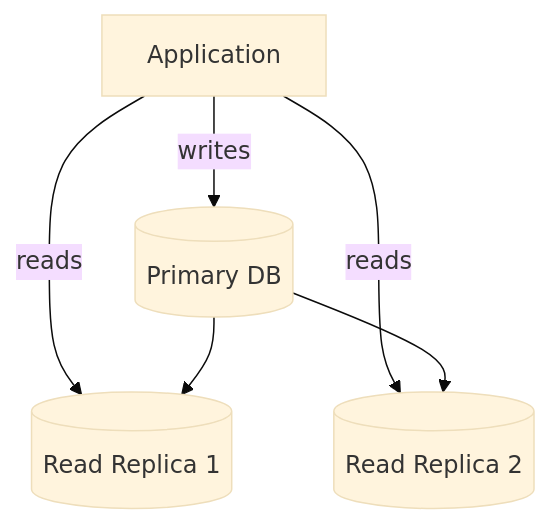
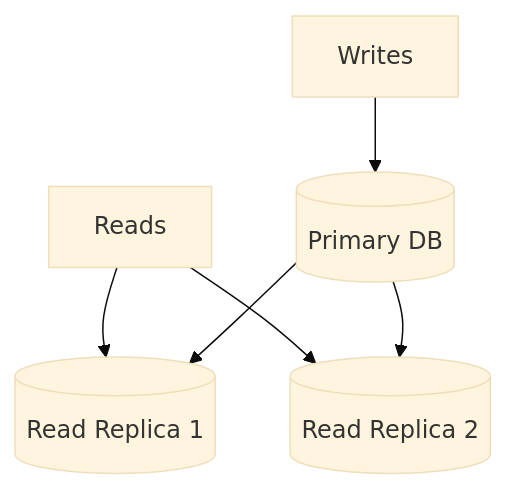
One commit to mthaiseer/springcloud-systemdesign-notes changed diagram 11 of 19 in HLD_NOTES/003_TECHNOLOGY_DEEP_DIVE/rdbms/database_v2.md. Above: the diagram before and after it, drawn with Mermaid (base theme). The commit also changed other lines of this file, not shown here.

````diff
--- a/HLD_NOTES/003_TECHNOLOGY_DEEP_DIVE/rdbms/database_v2.md
+++ b/HLD_NOTES/003_TECHNOLOGY_DEEP_DIVE/rdbms/database_v2.md
@@ -890,9 +700,8 @@
 ```mermaid
 flowchart TD
-    APP[Application]
-    APP -->|writes| PRIMARY[(Primary DB)]
-    APP -->|reads| REPLICA1[(Read Replica 1)]
-    APP -->|reads| REPLICA2[(Read Replica 2)]
-    PRIMARY --> REPLICA1
-    PRIMARY --> REPLICA2
+    AppW[Writes] --> Primary[(Primary DB)]
+    AppR[Reads] --> Replica1[(Read Replica 1)]
+    AppR --> Replica2[(Read Replica 2)]
+    Primary --> Replica1
+    Primary --> Replica2
 ```
````
